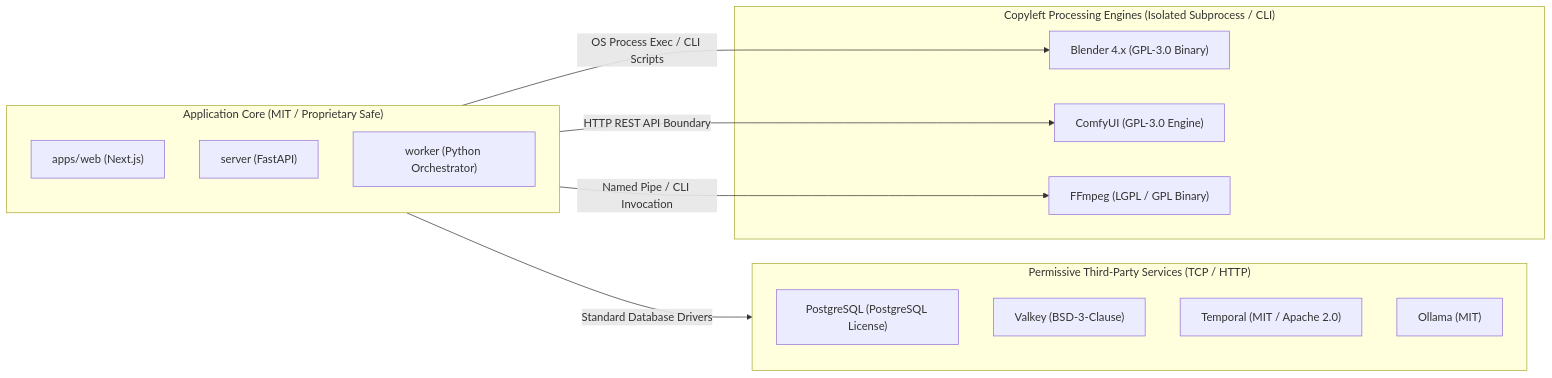
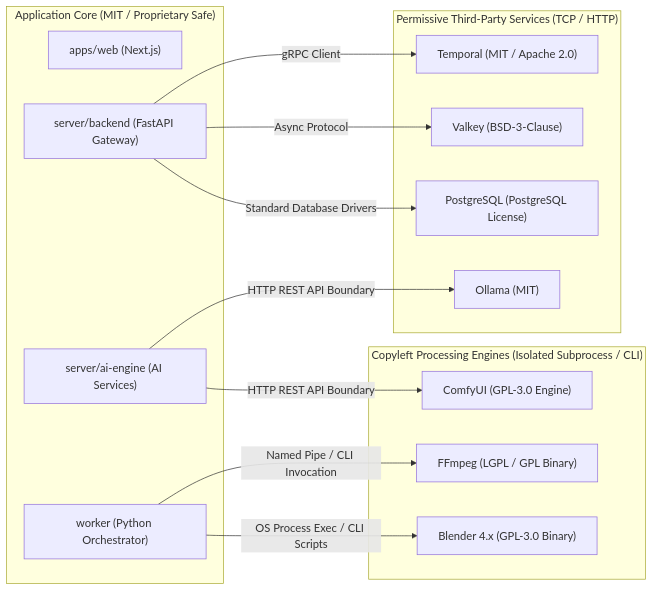
The second of 4 diagrams in docs/architecture/TECH_STACK.md (hoanglong2206/Video-Tool), drawn with Mermaid before and after one commit. The commit also changed 9 other files, not shown here.

Commit message:
docs(server): update documentation system for server/ai-engine and server/backend split

````diff
--- a/docs/architecture/TECH_STACK.md
+++ b/docs/architecture/TECH_STACK.md
@@ -103,26 +103,30 @@
 ```mermaid
 flowchart LR
     subgraph ProprietaryCore ["Application Core (MIT / Proprietary Safe)"]
         WebCode["apps/web (Next.js)"]
-        ServerCode["server (FastAPI)"]
+        BackendCode["server/backend (FastAPI Gateway)"]
+        AIEngineCode["server/ai-engine (AI Services)"]
         WorkerCode["worker (Python Orchestrator)"]
     end
 
     subgraph PermissiveServices ["Permissive Third-Party Services (TCP / HTTP)"]
         PostgresService["PostgreSQL (PostgreSQL License)"]
         ValkeyService["Valkey (BSD-3-Clause)"]
         TemporalService["Temporal (MIT / Apache 2.0)"]
         OllamaService["Ollama (MIT)"]
     end
 
     subgraph CopyleftEngines ["Copyleft Processing Engines (Isolated Subprocess / CLI)"]
         BlenderBin["Blender 4.x (GPL-3.0 Binary)"]
         ComfyUIBin["ComfyUI (GPL-3.0 Engine)"]
         FFmpegBin["FFmpeg (LGPL / GPL Binary)"]
     end
 
-    ProprietaryCore -->|Standard Database Drivers| PermissiveServices
-    ProprietaryCore -->|HTTP REST API Boundary| ComfyUIBin
-    ProprietaryCore -->|OS Process Exec / CLI Scripts| BlenderBin
-    ProprietaryCore -->|Named Pipe / CLI Invocation| FFmpegBin
+    BackendCode -->|Standard Database Drivers| PostgresService
+    BackendCode -->|Async Protocol| ValkeyService
+    BackendCode -->|gRPC Client| TemporalService
+    AIEngineCode -->|HTTP REST API Boundary| ComfyUIBin
+    AIEngineCode -->|HTTP REST API Boundary| OllamaService
+    WorkerCode -->|OS Process Exec / CLI Scripts| BlenderBin
+    WorkerCode -->|Named Pipe / CLI Invocation| FFmpegBin
 ```
````
